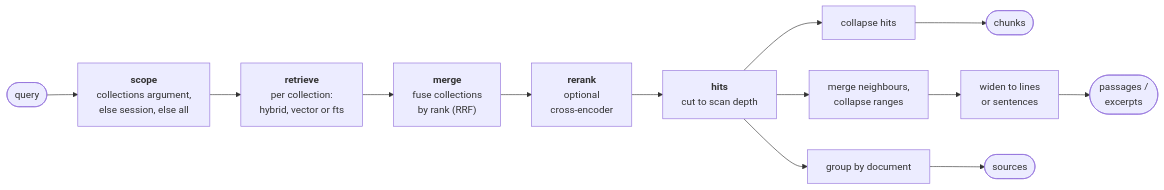
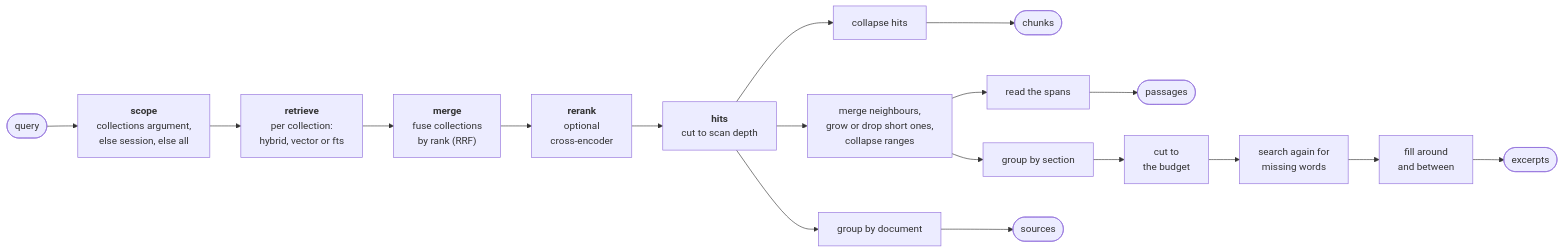
Before and after one commit to haskian/haskie: the first of 3 diagrams in docs/search.md, drawn with Mermaid. The commit also changed other lines of this file and 92 other files, not shown here.

First line of the commit message:
feat(search)!: excerpts as sections, several questions per search, and scored answers (#21)

````diff
--- a/docs/search.md
+++ b/docs/search.md
@@ -8,11 +9,12 @@
 ```mermaid
 flowchart LR
     q(["query"]) --> scope["<b>scope</b><br/>collections argument,<br/>else session, else all"]
     scope --> retrieve["<b>retrieve</b><br/>per collection:<br/>hybrid, vector or fts"]
     retrieve --> merge["<b>merge</b><br/>fuse collections<br/>by rank (RRF)"]
     merge --> rerank["<b>rerank</b><br/>optional<br/>cross-encoder"]
     rerank --> hits["<b>hits</b><br/>cut to scan depth"]
     hits --> fchunks["collapse hits"] --> chunks(["chunks"])
-    hits --> franges["merge neighbours,<br/>collapse ranges"] --> widen["widen to lines<br/>or sentences"] --> excerpts(["passages /<br/>excerpts"])
+    hits --> franges["merge neighbours,<br/>grow or drop short ones,<br/>collapse ranges"] --> read["read the spans"] --> passages(["passages"])
+    franges --> group["group by section"] --> budget["cut to<br/>the budget"] --> probe["search again for<br/>missing words"] --> fill["fill around<br/>and between"] --> excerpts(["excerpts"])
     hits --> shortlist["group by document"] --> sources(["sources"])
 ```
````
